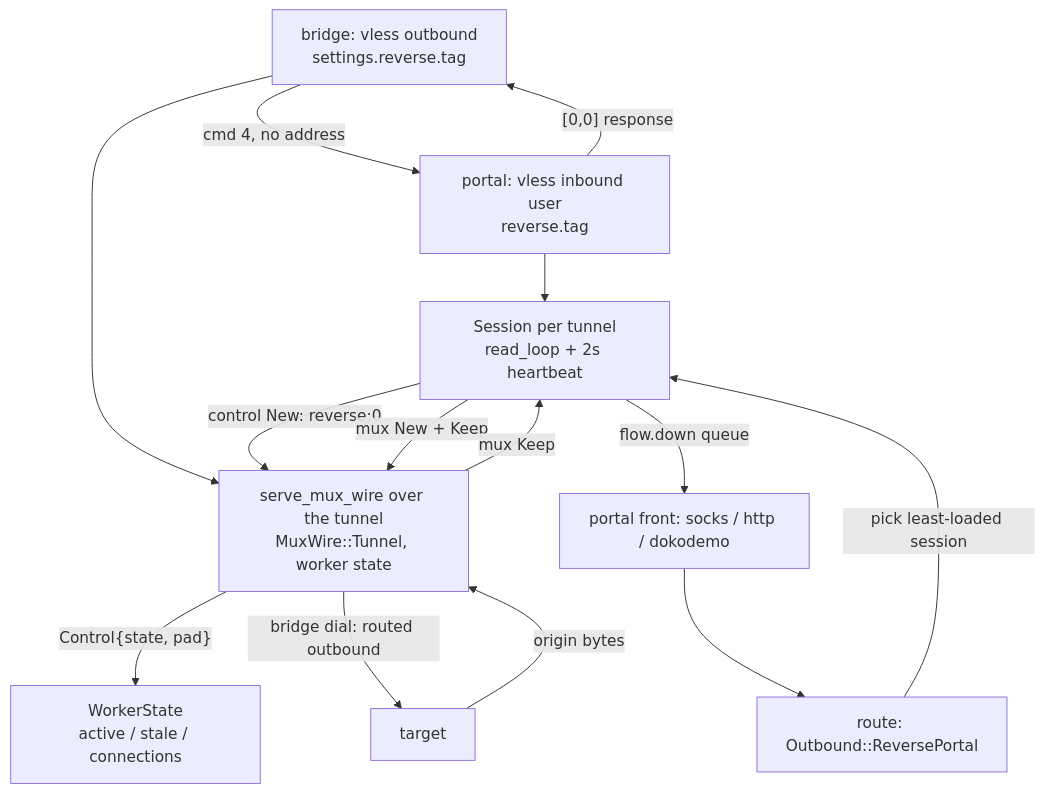
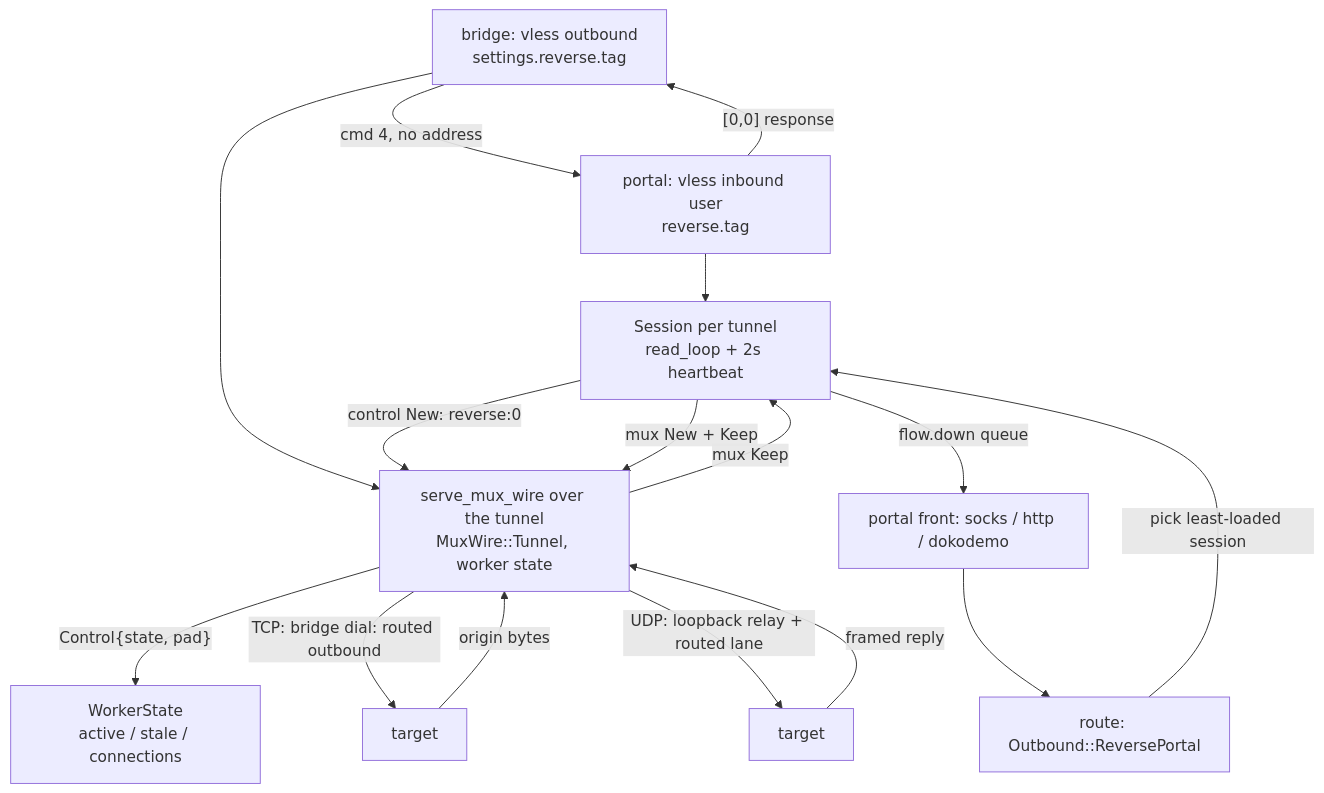
The diagram in docs/function/reverse.md (ferroxdev/ferrox-2), drawn with Mermaid before and after one commit. The commit also changed other lines of this file and 4 other files, not shown here.

Commit message:
reverse: route bridge udp flows through outbounds

````diff
--- a/docs/function/reverse.md
+++ b/docs/function/reverse.md
@@ -13,16 +13,18 @@
 ```mermaid
 graph TD
     B["bridge: vless outbound<br/>settings.reverse.tag"] -->|"cmd 4, no address"| P["portal: vless inbound user<br/>reverse.tag"]
     P -->|"[0,0] response"| B
     B --> M["serve_mux_wire over the tunnel<br/>MuxWire::Tunnel, worker state"]
     P --> S["Session per tunnel<br/>read_loop + 2s heartbeat"]
     S -->|"control New: reverse:0"| M
     M -->|"Control{state, pad}"| W["WorkerState<br/>active / stale / connections"]
     C["portal front: socks / http / dokodemo"] --> R["route: Outbound::ReversePortal"]
     R -->|"pick least-loaded session"| S
     S -->|"mux New + Keep"| M
-    M -->|"bridge dial: routed outbound"| T["target"]
+    M -->|"TCP: bridge dial: routed outbound"| T["target"]
+    M -->|"UDP: loopback relay + routed lane"| U["target"]
     T -->|"origin bytes"| M
+    U -->|"framed reply"| M
     M -->|"mux Keep"| S
     S -->|"flow.down queue"| C
 ```
````
